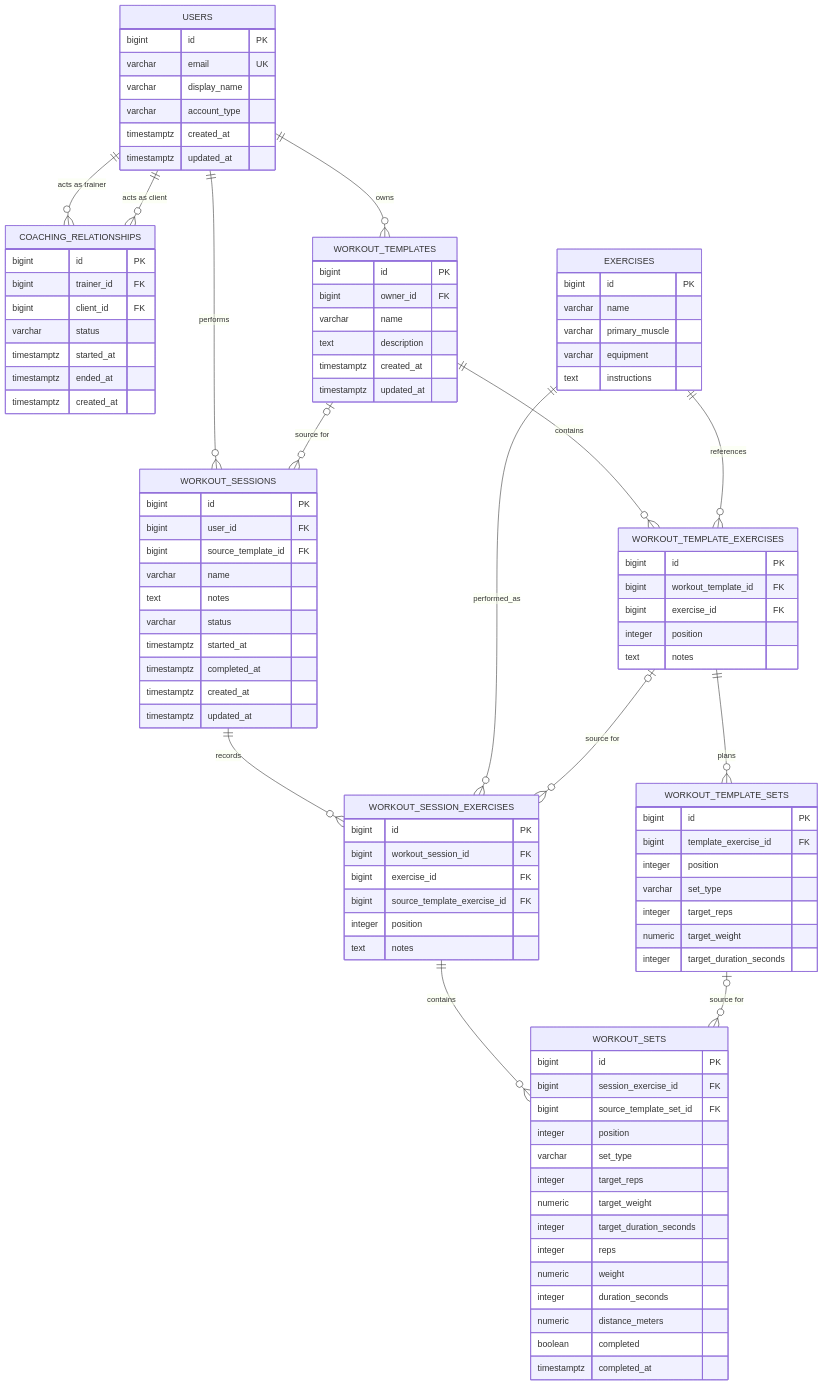
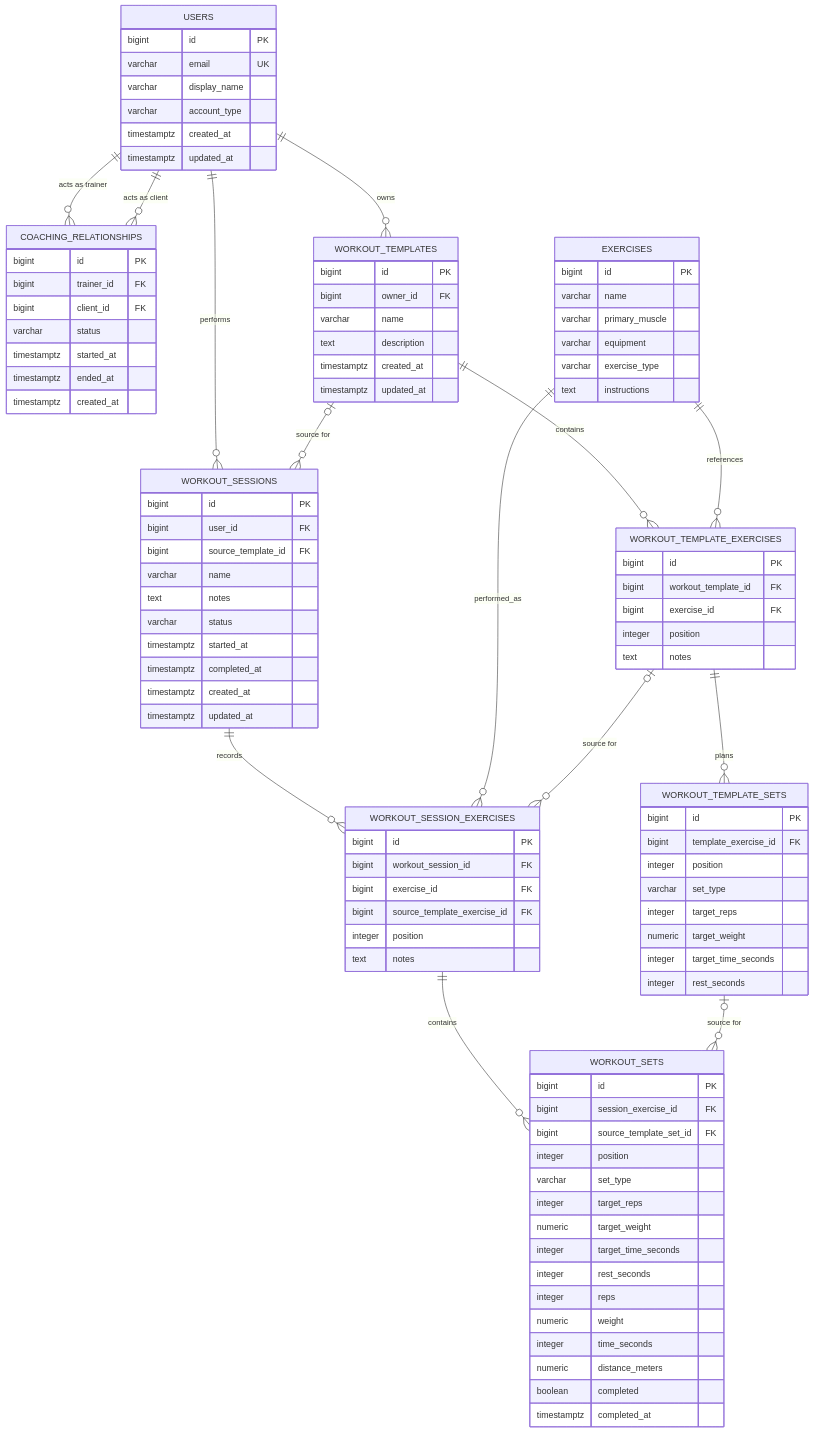
One commit to Faidonas/setforge changed the diagram in docs/database/data-model.md. Above: the diagram before and after it, drawn with Mermaid. The commit also changed other lines of this file and 29 other files, not shown here.

```diff
--- a/docs/database/data-model.md
+++ b/docs/database/data-model.md
@@ -52,6 +52,7 @@
         varchar name
         varchar primary_muscle
         varchar equipment
+        varchar exercise_type
         text instructions
     }
 
@@ -79,7 +80,8 @@
         varchar set_type
         integer target_reps
         numeric target_weight
-        integer target_duration_seconds
+        integer target_time_seconds
+        integer rest_seconds
     }
 
     WORKOUT_SESSIONS {
@@ -112,10 +114,11 @@
         varchar set_type
         integer target_reps
         numeric target_weight
-        integer target_duration_seconds
+        integer target_time_seconds
+        integer rest_seconds
         integer reps
         numeric weight
-        integer duration_seconds
+        integer time_seconds
         numeric distance_meters
         boolean completed
         timestamptz completed_at
```
